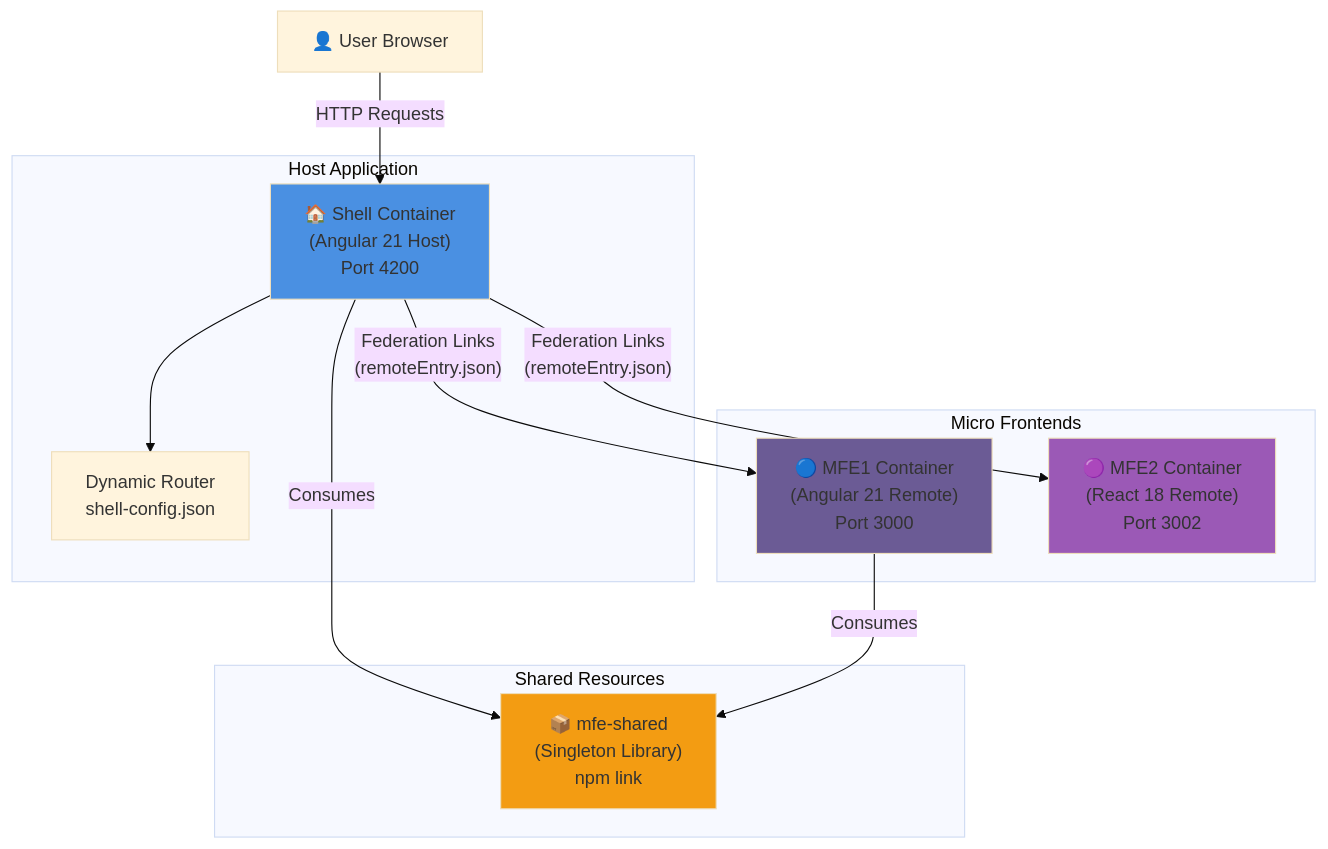
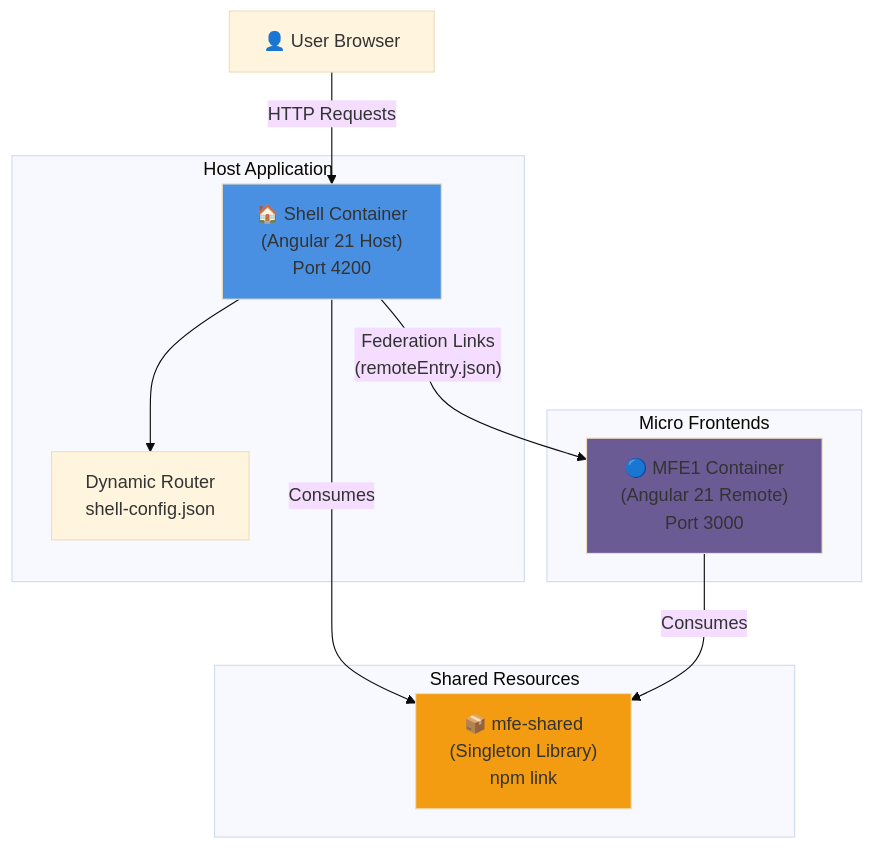
One commit to PolecatWorks/Mfe-shell changed the first of 13 diagrams in spec/ARCHITECTURE.md. Above: the diagram before and after it, drawn with Mermaid (base theme). The commit also changed other lines of this file and 58 other files, not shown here.

Commit message:
chore: retire mfe2-container and legacy spec/requirements docs

````diff
--- a/spec/ARCHITECTURE.md
+++ b/spec/ARCHITECTURE.md
@@ -26,30 +26,27 @@
 ```mermaid
 graph TB
     User["👤 User Browser"]
     
     subgraph "Host Application"
         Shell["🏠 Shell Container<br/>(Angular 21 Host)<br/>Port 4200"]
         ShellRouter["Dynamic Router<br/>shell-config.json"]
         Shell --> ShellRouter
     end
     
     subgraph "Shared Resources"
         MfeShared["📦 mfe-shared<br/>(Singleton Library)<br/>npm link"]
     end
     
     subgraph "Micro Frontends"
         MFE1["🔵 MFE1 Container<br/>(Angular 21 Remote)<br/>Port 3000"]
-        MFE2["🟣 MFE2 Container<br/>(React 18 Remote)<br/>Port 3002"]
     end
     
     User -->|"HTTP Requests"| Shell
     Shell -->|"Consumes"| MfeShared
     MFE1 -->|"Consumes"| MfeShared
     Shell -->|"Federation Links<br/>(remoteEntry.json)"| MFE1
-    Shell -->|"Federation Links<br/>(remoteEntry.json)"| MFE2
     
     style Shell fill:#4A90E2
     style MFE1 fill:#6B5B95
-    style MFE2 fill:#9B59B6
     style MfeShared fill:#F39C12
 ```
````
